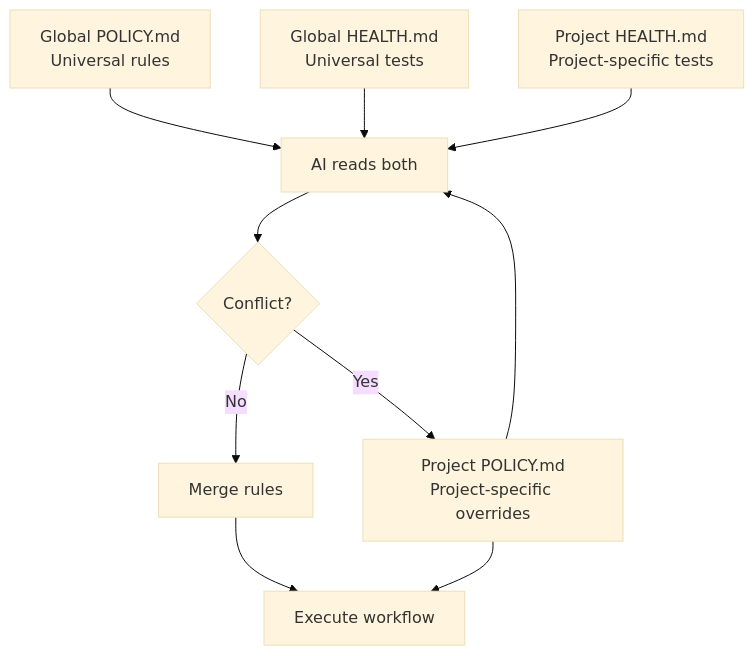
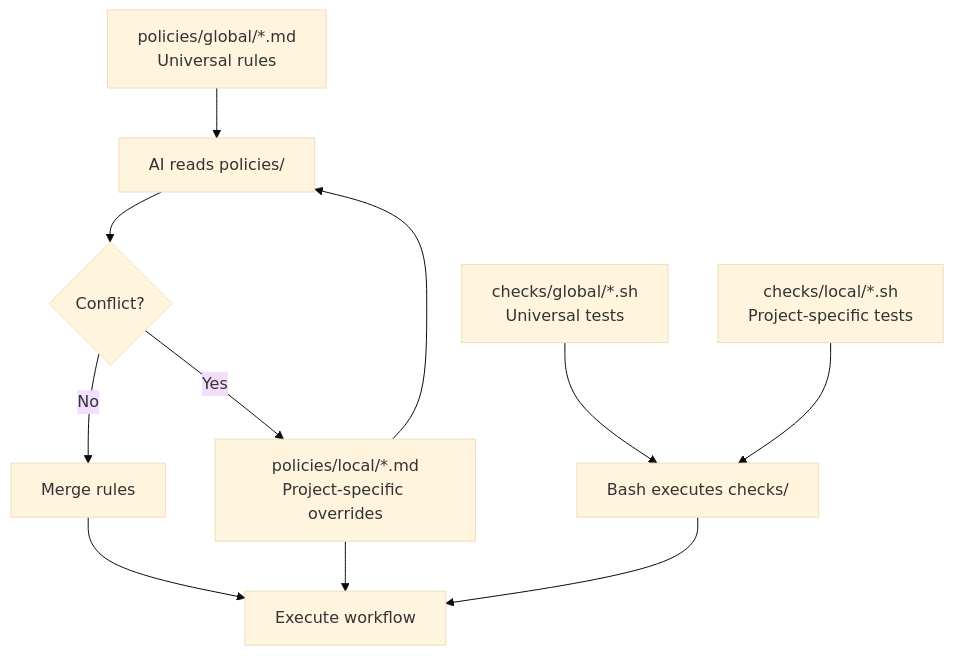
One commit to nonlinear/backstage changed the third of 4 diagrams in skills/backstage/SKILL.md. Above: the diagram before and after it, drawn with Mermaid (base theme). The commit also changed other lines of this file, not shown here.

Commit message:
Update SKILL.md diagrams: POLICY/HEALTH → policies/checks folders

````diff
--- a/skills/backstage/SKILL.md
+++ b/skills/backstage/SKILL.md
@@ -183,23 +192,25 @@
 ```mermaid
 flowchart TD
-    GLOBAL[Global POLICY.md<br/>Universal rules]
-    PROJECT[Project POLICY.md<br/>Project-specific overrides]
+    GLOBAL_POL[policies/global/*.md<br/>Universal rules]
+    LOCAL_POL[policies/local/*.md<br/>Project-specific overrides]
     
-    GLOBAL_HEALTH[Global HEALTH.md<br/>Universal tests]
-    PROJECT_HEALTH[Project HEALTH.md<br/>Project-specific tests]
+    GLOBAL_CHK[checks/global/*.sh<br/>Universal tests]
+    LOCAL_CHK[checks/local/*.sh<br/>Project-specific tests]
     
-    AI[AI reads both]
+    AI[AI reads policies/]
+    BASH[Bash executes checks/]
     CONFLICT{Conflict?}
     
-    GLOBAL --> AI
-    PROJECT --> AI
-    GLOBAL_HEALTH --> AI
-    PROJECT_HEALTH --> AI
+    GLOBAL_POL --> AI
+    LOCAL_POL --> AI
+    GLOBAL_CHK --> BASH
+    LOCAL_CHK --> BASH
     
     AI --> CONFLICT
-    CONFLICT -->|Yes| PROJECT
+    CONFLICT -->|Yes| LOCAL_POL
     CONFLICT -->|No| MERGE[Merge rules]
     
     MERGE --> ACTION[Execute workflow]
-    PROJECT --> ACTION
+    LOCAL_POL --> ACTION
+    BASH --> ACTION
 ```
````
